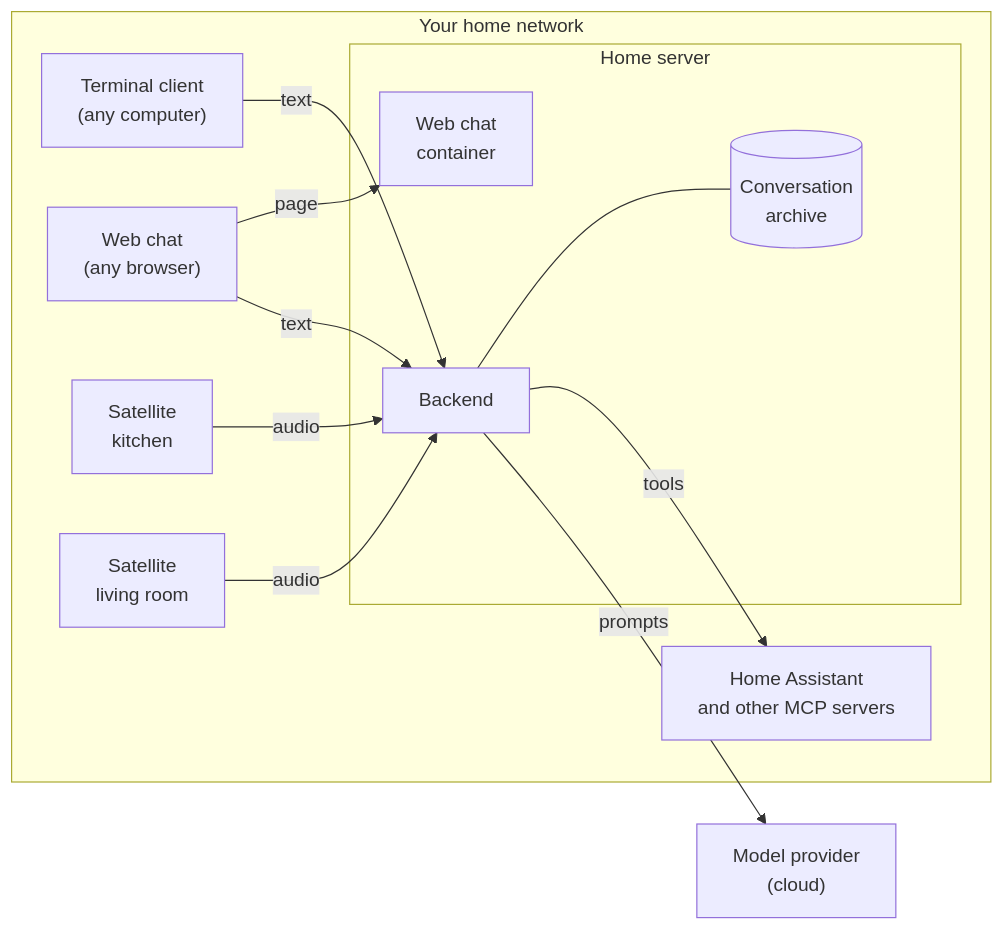
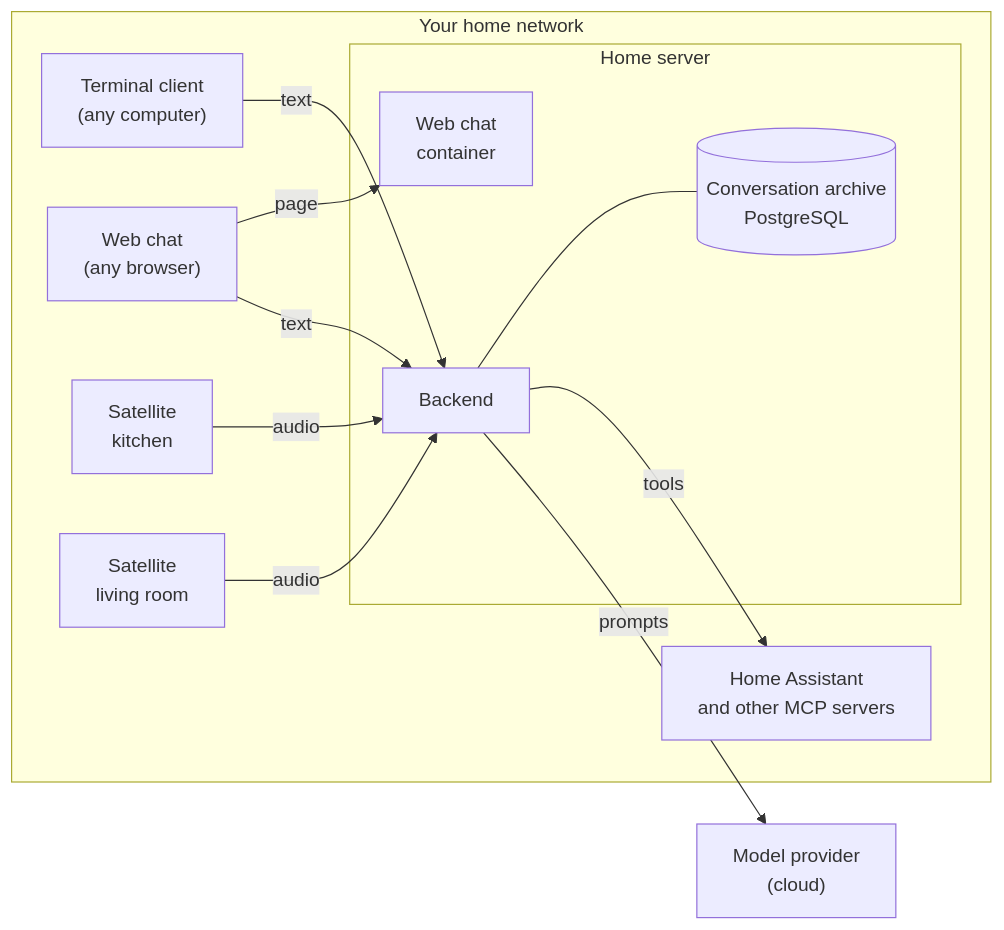
The diagram in src/content/docs/explanation/architecture.md (ambrogio-app/ambrogio-docs), drawn with Mermaid before and after one commit. The commit also changed other lines of this file and 9 other files, not shown here.

First line of the commit message:
Document the PostgreSQL archive of backend v0.16.0

````diff
--- a/src/content/docs/explanation/architecture.md
+++ b/src/content/docs/explanation/architecture.md
@@ -10,25 +10,25 @@
 ```mermaid
 flowchart LR
     subgraph home[Your home network]
         CLI["Terminal client<br/>(any computer)"]
         WEB["Web chat<br/>(any browser)"]
         S1["Satellite<br/>kitchen"]
         S2["Satellite<br/>living room"]
         subgraph server[Home server]
             B["Backend"]
             W["Web chat<br/>container"]
-            DB[("Conversation<br/>archive")]
+            DB[("Conversation archive<br/>PostgreSQL")]
         end
         HA["Home Assistant<br/>and other MCP servers"]
     end
     LLM["Model provider<br/>(cloud)"]
 
     CLI -- text --> B
     WEB -- page --> W
     WEB -- text --> B
     S1 -- audio --> B
     S2 -- audio --> B
     B --- DB
     B -- tools --> HA
     B -- prompts --> LLM
 ```
````
